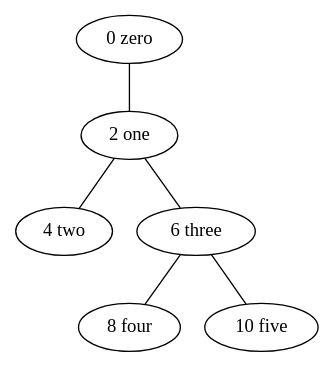
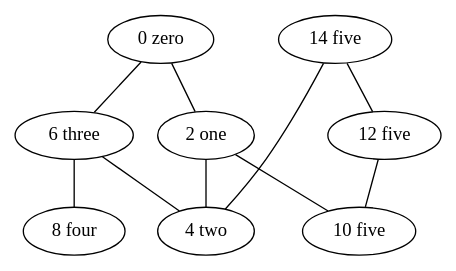
One commit to Xel4ek/lem_in changed the diagram in 2.gv. Above: the diagram before and after it, drawn with Graphviz. The commit also changed 205 other files, not shown here.

```diff
--- a/2.gv
+++ b/2.gv
@@ -1,13 +1,19 @@
 graph 3 {
 	"0 zero";
 	"2 one";
 	"4 two";
 	"6 three";
 	"8 four";
 	"10 five";
+	"12 five";
+	"14 five";
 	"0 zero" -- "2 one";
 	"2 one" -- "4 two";
-	"2 one" -- "6 three";
+	"6 three" -- "4 two";
+	"14 five" -- "4 two";
+	"0 zero" -- "6 three";
 	"6 three" -- "8 four";
-	"6 three" -- "10 five";
+	"2 one" -- "10 five";
+	"12 five" -- "10 five";
+	"14 five" -- "12 five";
 	}
```
